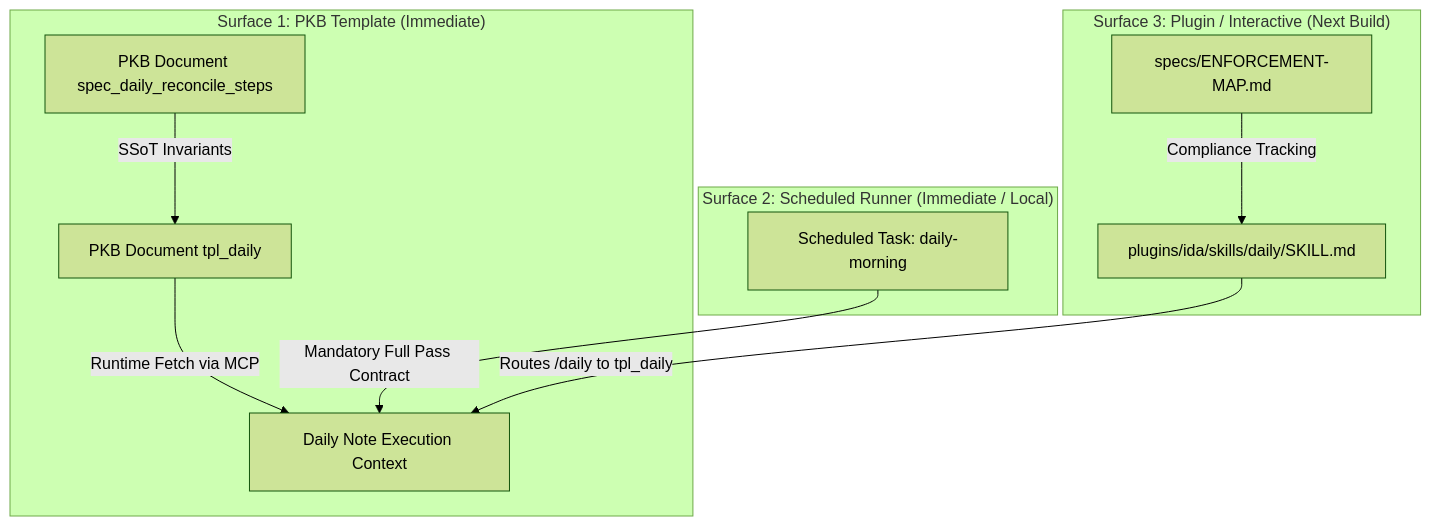
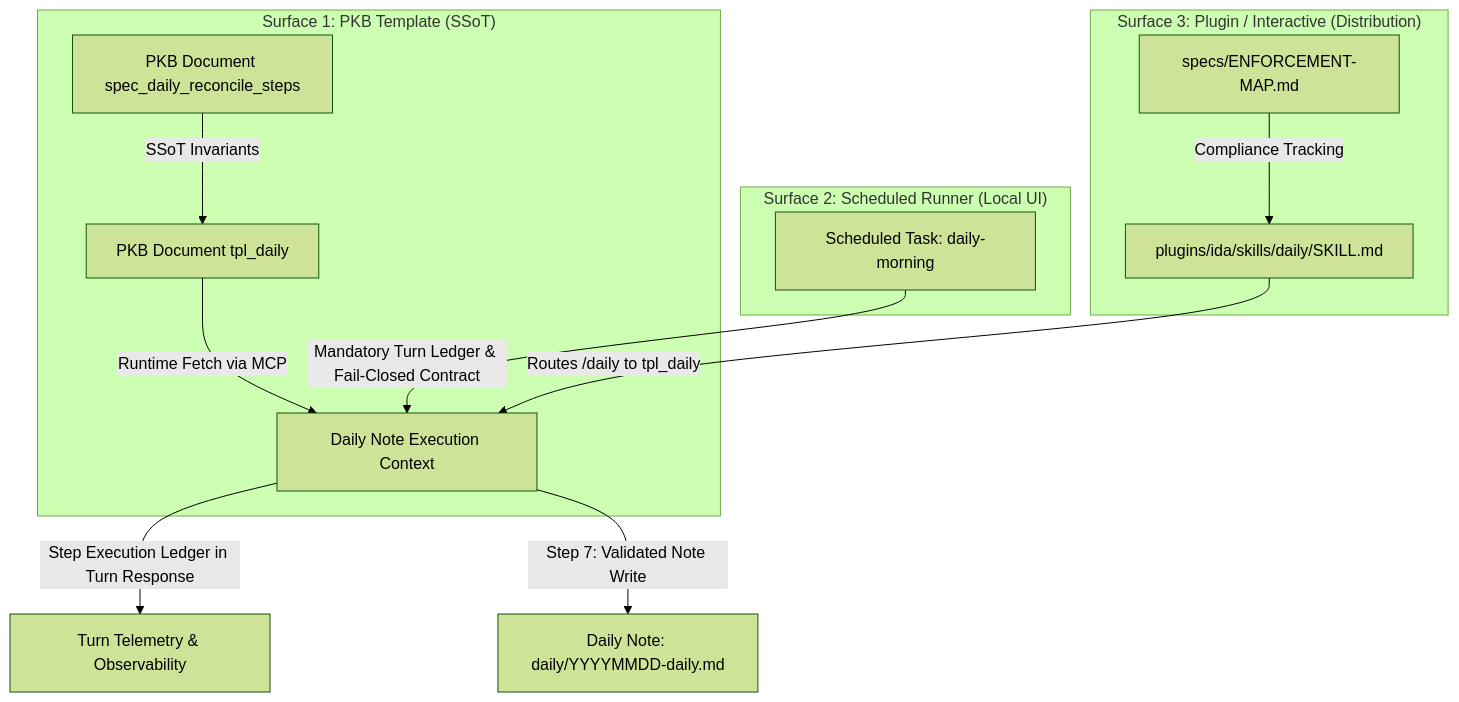
The diagram in specs/enforcement/complete-daily-runs.md (nicsuzor/academicOps), drawn with Mermaid (forest theme) before and after one commit. The commit also changed other lines of this file and 1 other file, not shown here.

First line of the commit message:
docs(enforcement): design next enforcement step for complete daily runs

````diff
--- a/specs/enforcement/complete-daily-runs.md
+++ b/specs/enforcement/complete-daily-runs.md
@@ -140,16 +202,19 @@
 ```mermaid
 flowchart TD
-    subgraph S1["Surface 1: PKB Template (Immediate)"]
+    subgraph S1["Surface 1: PKB Template (SSoT)"]
         TPL["PKB Document tpl_daily"] -->|Runtime Fetch via MCP| RUN["Daily Note Execution Context"]
         SPEC["PKB Document spec_daily_reconcile_steps"] -->|SSoT Invariants| TPL
     end
 
-    subgraph S2["Surface 2: Scheduled Runner (Immediate / Local)"]
-        PROMPT["Scheduled Task: daily-morning"] -->|Mandatory Full Pass Contract| RUN
+    subgraph S2["Surface 2: Scheduled Runner (Local UI)"]
+        PROMPT["Scheduled Task: daily-morning"] -->|Mandatory Turn Ledger & Fail-Closed Contract| RUN
     end
 
-    subgraph S3["Surface 3: Plugin / Interactive (Next Build)"]
+    subgraph S3["Surface 3: Plugin / Interactive (Distribution)"]
         SKILL["plugins/ida/skills/daily/SKILL.md"] -->|Routes /daily to tpl_daily| RUN
         MAP["specs/ENFORCEMENT-MAP.md"] -->|Compliance Tracking| SKILL
     end
+
+    RUN -->|Step Execution Ledger in Turn Response| TRACE["Turn Telemetry & Observability"]
+    RUN -->|Step 7: Validated Note Write| NOTE["Daily Note: daily/YYYYMMDD-daily.md"]
 ```
````
